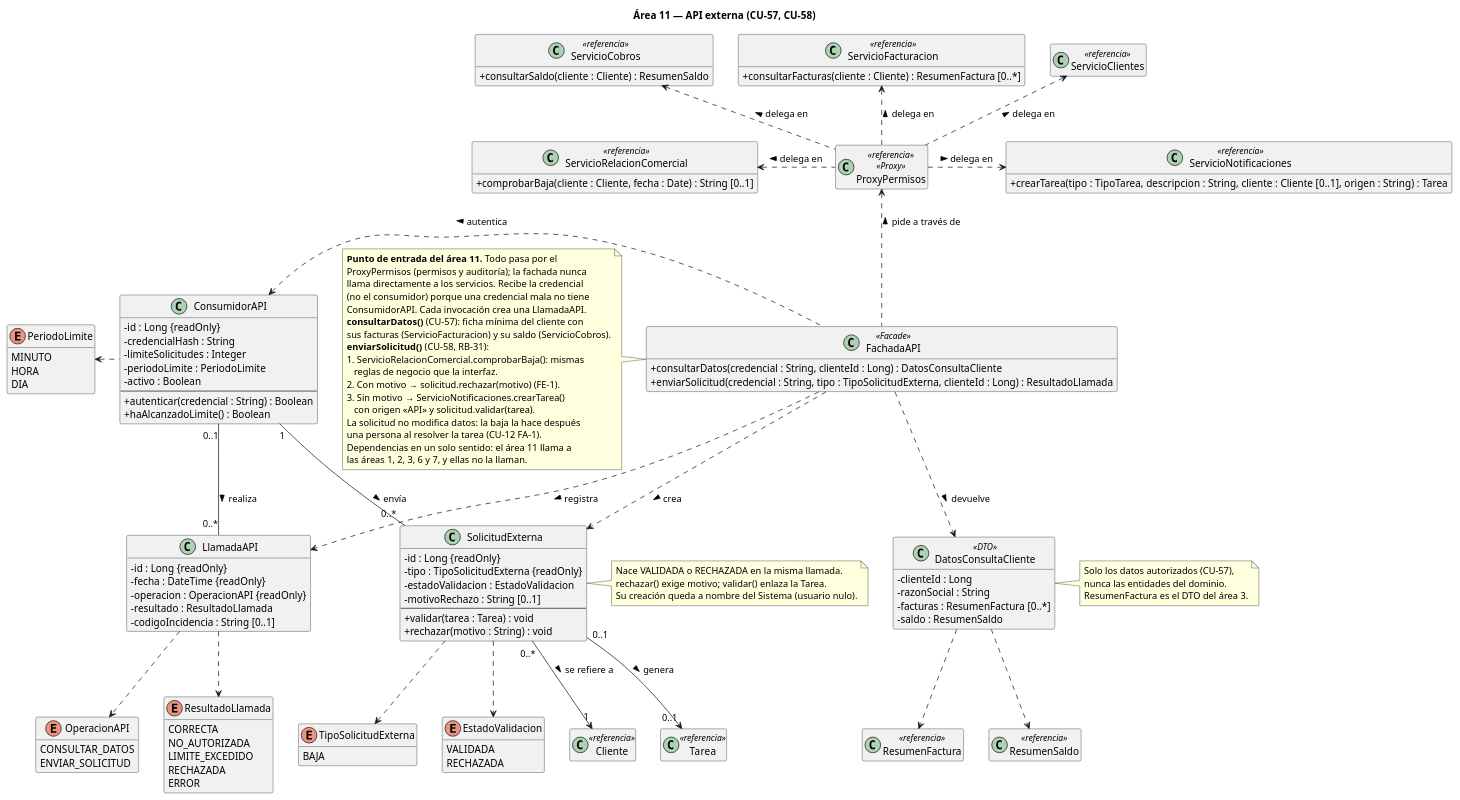
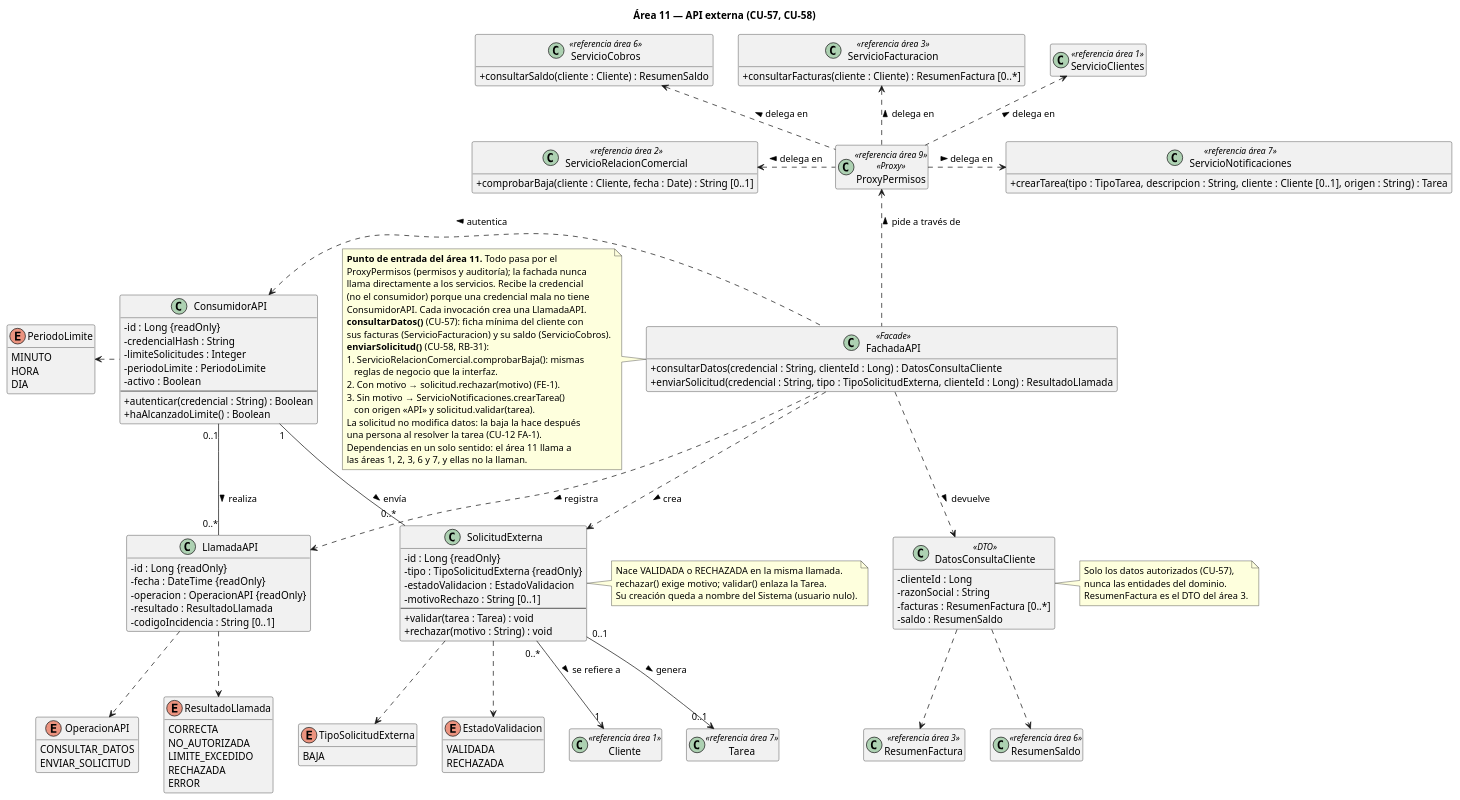
Before and after one commit to naybetaomar/AyDA-ProyectoBebes: the diagram in Entrega2_GrupoBebes/entrega2/diagramas/clases/area11/area11_api_externa.puml, drawn with PlantUML. The commit also changed 23 other files, not shown here.

Commit message:
<<referencia>> pasa a <<referencia área N>>

```diff
--- a/Entrega2_GrupoBebes/entrega2/diagramas/clases/area11/area11_api_externa.puml
+++ b/Entrega2_GrupoBebes/entrega2/diagramas/clases/area11/area11_api_externa.puml
@@ -1,154 +1,154 @@
 @startuml area11_api_externa
 skinparam classAttributeIconSize 0
 hide empty members
 title Área 11 — API externa (CU-57, CU-58)
 
 ' ---------- Patrón Facade ----------
 class FachadaAPI <<Facade>> {
   + consultarDatos(credencial : String, clienteId : Long) : DatosConsultaCliente
   + enviarSolicitud(credencial : String, tipo : TipoSolicitudExterna, clienteId : Long) : ResultadoLlamada
 }
 
 ' ---------- Modelo propio del área 11 ----------
 class ConsumidorAPI {
   - id : Long {readOnly}
   - credencialHash : String
   - limiteSolicitudes : Integer
   - periodoLimite : PeriodoLimite
   - activo : Boolean
   --
   + autenticar(credencial : String) : Boolean
   + haAlcanzadoLimite() : Boolean
 }
 
 class LlamadaAPI {
   - id : Long {readOnly}
   - fecha : DateTime {readOnly}
   - operacion : OperacionAPI {readOnly}
   - resultado : ResultadoLlamada
   - codigoIncidencia : String [0..1]
 }
 
 class SolicitudExterna {
   - id : Long {readOnly}
   - tipo : TipoSolicitudExterna {readOnly}
   - estadoValidacion : EstadoValidacion
   - motivoRechazo : String [0..1]
   --
   + validar(tarea : Tarea) : void
   + rechazar(motivo : String) : void
 }
 
 class DatosConsultaCliente <<DTO>> {
   - clienteId : Long
   - razonSocial : String
   - facturas : ResumenFactura [0..*]
   - saldo : ResumenSaldo
 }
 
 ' ---------- Enumerados propios del área ----------
 enum OperacionAPI {
   CONSULTAR_DATOS
   ENVIAR_SOLICITUD
 }
 enum ResultadoLlamada {
   CORRECTA
   NO_AUTORIZADA
   LIMITE_EXCEDIDO
   RECHAZADA
   ERROR
 }
 enum PeriodoLimite {
   MINUTO
   HORA
   DIA
 }
 enum TipoSolicitudExterna {
   BAJA
 }
 enum EstadoValidacion {
   VALIDADA
   RECHAZADA
 }
 
 ' ---------- Referencias de otras áreas ----------
-class ProxyPermisos <<referencia>> <<Proxy>>
-class ServicioClientes <<referencia>>
-class ServicioFacturacion <<referencia>> {
+class ProxyPermisos <<referencia área 9>> <<Proxy>>
+class ServicioClientes <<referencia área 1>>
+class ServicioFacturacion <<referencia área 3>> {
   + consultarFacturas(cliente : Cliente) : ResumenFactura [0..*]
 }
-class ServicioCobros <<referencia>> {
+class ServicioCobros <<referencia área 6>> {
   + consultarSaldo(cliente : Cliente) : ResumenSaldo
 }
-class ServicioRelacionComercial <<referencia>> {
+class ServicioRelacionComercial <<referencia área 2>> {
   + comprobarBaja(cliente : Cliente, fecha : Date) : String [0..1]
 }
-class ServicioNotificaciones <<referencia>> {
+class ServicioNotificaciones <<referencia área 7>> {
   + crearTarea(tipo : TipoTarea, descripcion : String, cliente : Cliente [0..1], origen : String) : Tarea
 }
-class ResumenFactura <<referencia>>
-class ResumenSaldo <<referencia>>
-class Cliente <<referencia>>
-class Tarea <<referencia>>
+class ResumenFactura <<referencia área 3>>
+class ResumenSaldo <<referencia área 6>>
+class Cliente <<referencia área 1>>
+class Tarea <<referencia área 7>>
 
 ' ---------- Facade ----------
 FachadaAPI .left.> ConsumidorAPI : autentica >
 FachadaAPI .down.> LlamadaAPI : registra >
 FachadaAPI .down.> SolicitudExterna : crea >
 FachadaAPI .down.> DatosConsultaCliente : devuelve >
 FachadaAPI .up.> ProxyPermisos : pide a través de >
 
 ' ---------- Asociaciones ----------
 ConsumidorAPI "0..1" -down- "0..*" LlamadaAPI : realiza >
 ConsumidorAPI "1" -down- "0..*" SolicitudExterna : envía >
 SolicitudExterna "0..*" -down-> "1" Cliente : se refiere a >
 SolicitudExterna "0..1" -down-> "0..1" Tarea : genera >
 DatosConsultaCliente .down.> ResumenFactura
 DatosConsultaCliente .down.> ResumenSaldo
 
 ' ---------- Uso de enumerados ----------
 ConsumidorAPI .left.> PeriodoLimite
 LlamadaAPI .down.> OperacionAPI
 LlamadaAPI .down.> ResultadoLlamada
 SolicitudExterna .down.> TipoSolicitudExterna
 SolicitudExterna .down.> EstadoValidacion
 
 ' ---------- Proxy y servicios de cada área ----------
 ProxyPermisos .up.> ServicioClientes : delega en >
 ProxyPermisos .up.> ServicioFacturacion : delega en >
 ProxyPermisos .up.> ServicioCobros : delega en >
 ProxyPermisos .left.> ServicioRelacionComercial : delega en >
 ProxyPermisos .right.> ServicioNotificaciones : delega en >
 
 note left of FachadaAPI
   **Punto de entrada del área 11.** Todo pasa por el
   ProxyPermisos (permisos y auditoría); la fachada nunca
   llama directamente a los servicios. Recibe la credencial
   (no el consumidor) porque una credencial mala no tiene
   ConsumidorAPI. Cada invocación crea una LlamadaAPI.
   **consultarDatos()** (CU-57): ficha mínima del cliente con
   sus facturas (ServicioFacturacion) y su saldo (ServicioCobros).
   **enviarSolicitud()** (CU-58, RB-31):
   1. ServicioRelacionComercial.comprobarBaja(): mismas
      reglas de negocio que la interfaz.
   2. Con motivo → solicitud.rechazar(motivo) (FE-1).
   3. Sin motivo → ServicioNotificaciones.crearTarea()
      con origen «API» y solicitud.validar(tarea).
   La solicitud no modifica datos: la baja la hace después
   una persona al resolver la tarea (CU-12 FA-1).
   Dependencias en un solo sentido: el área 11 llama a
   las áreas 1, 2, 3, 6 y 7, y ellas no la llaman.
 end note
 
 note right of SolicitudExterna
   Nace VALIDADA o RECHAZADA en la misma llamada.
   rechazar() exige motivo; validar() enlaza la Tarea.
   Su creación queda a nombre del Sistema (usuario nulo).
 end note
 
 note right of DatosConsultaCliente
   Solo los datos autorizados (CU-57),
   nunca las entidades del dominio.
   ResumenFactura es el DTO del área 3.
 end note
 @enduml
```
